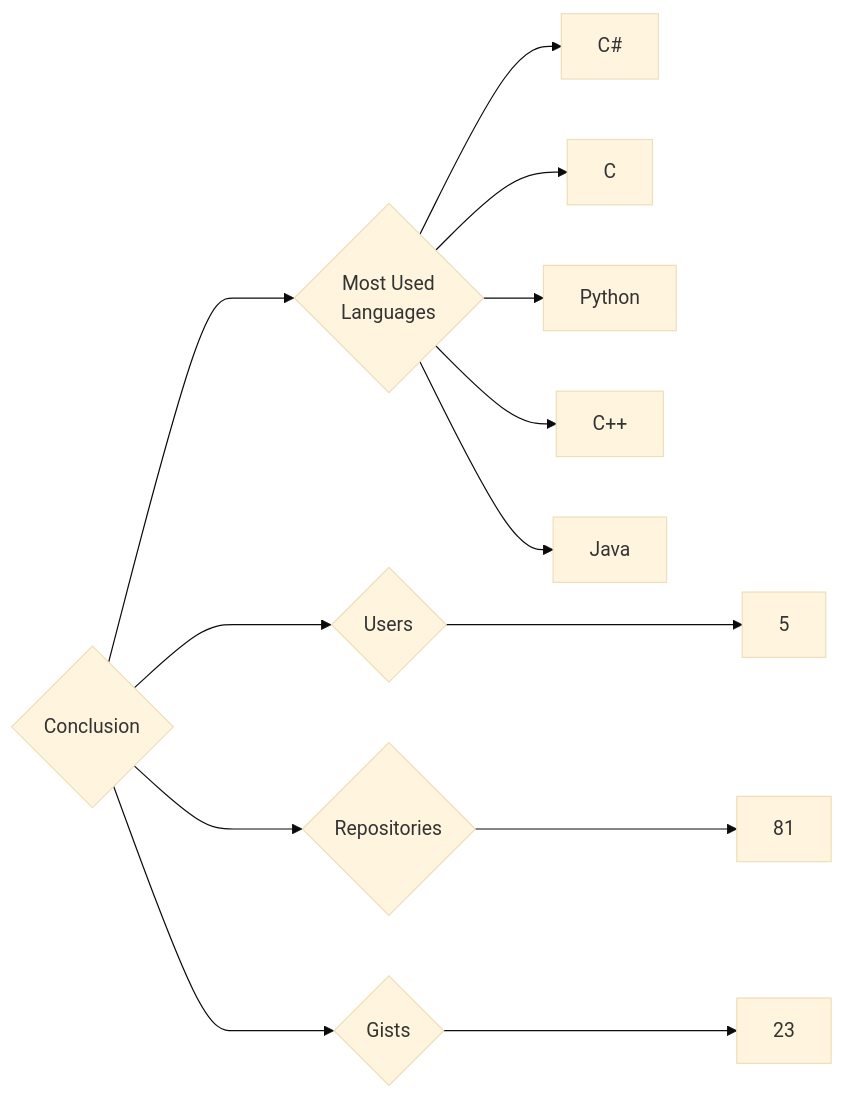
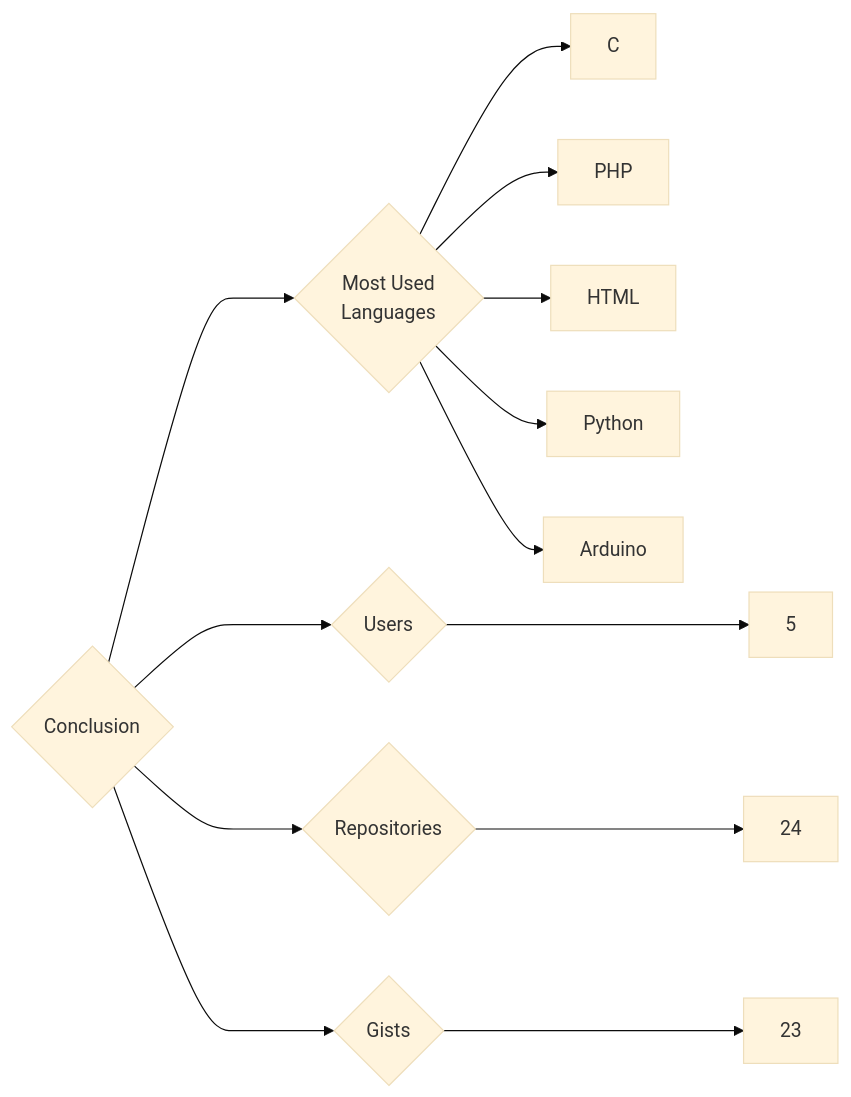
One commit to trickest/insiders changed the diagram in targets/Conclusion/README.md. Above: the diagram before and after it, drawn with Mermaid (base theme). The commit also changed 783 other files, not shown here.

````diff
--- a/targets/Conclusion/README.md
+++ b/targets/Conclusion/README.md
@@ -3,13 +3,13 @@
 ```mermaid
 graph LR
 COMPANY_NAME{Conclusion}
 COMPANY_NAME ---> U{Users} ---> UN[5]
-COMPANY_NAME ---> R{Repositories} ---> RN[81]
+COMPANY_NAME ---> R{Repositories} ---> RN[24]
 COMPANY_NAME ---> G{Gists} ---> GN[23]
 COMPANY_NAME ---> ML{Most Used<br>Languages}
-ML --> C#[C#]
 ML --> C[C]
+ML --> PHP[PHP]
+ML --> HTML[HTML]
 ML --> Python[Python]
-ML --> C++[C++]
-ML --> Java[Java]
+ML --> Arduino[Arduino]
 ```
````
